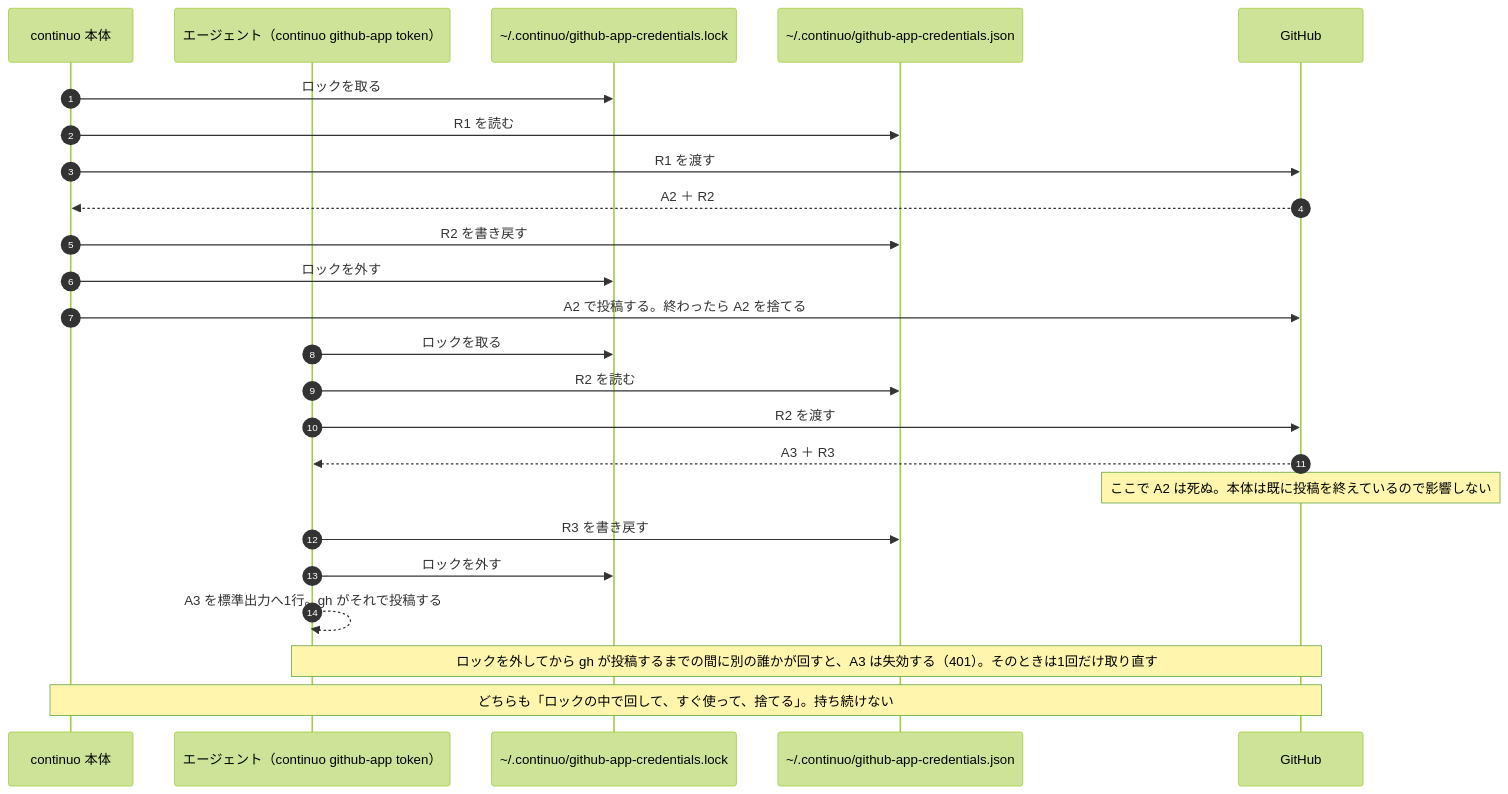
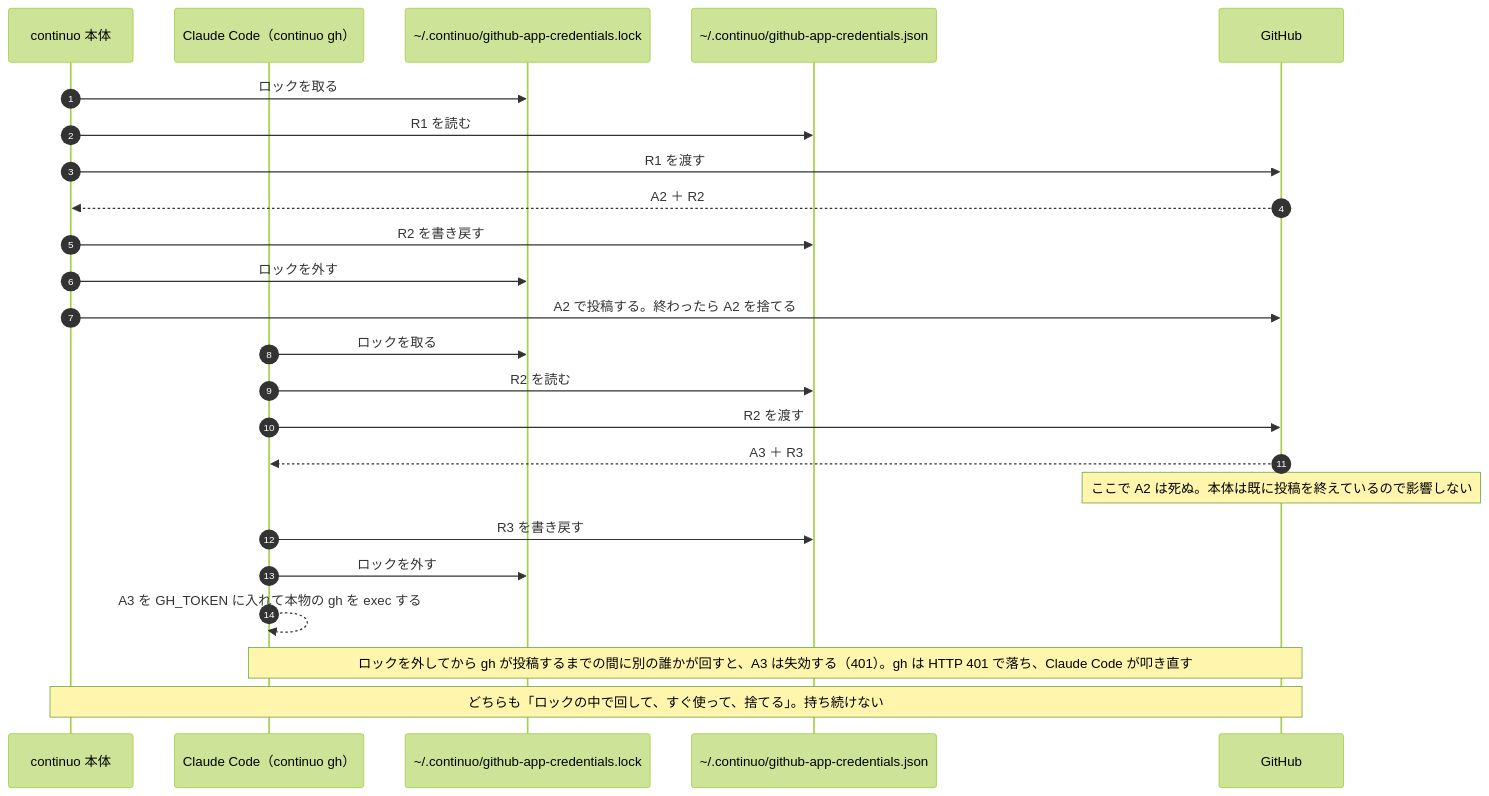
Before and after one commit to maimuzo/continuo: the third of 12 diagrams in docs/plans/impl/issue245_github_app_attribution.md, drawn with Mermaid (forest theme). The commit also changed other lines of this file, not shown here.

First line of the commit message:
計画ファイルの 6 を承認された設計に書き換える gh wrapper と continuo gh と continuo read-issue を足し、人間のトークンで投稿し直す仕組みをやめる

````diff
--- a/docs/plans/impl/issue245_github_app_attribution.md
+++ b/docs/plans/impl/issue245_github_app_attribution.md
@@ -115,26 +119,26 @@
 ```mermaid
 sequenceDiagram
     autonumber
     participant O as continuo 本体
-    participant A as エージェント（continuo github-app token）
+    participant A as Claude Code（continuo gh）
     participant L as ~/.continuo/github-app-credentials.lock
     participant F as ~/.continuo/github-app-credentials.json
     participant GH as GitHub
     O->>L: ロックを取る
     O->>F: R1 を読む
     O->>GH: R1 を渡す
     GH-->>O: A2 ＋ R2
     O->>F: R2 を書き戻す
     O->>L: ロックを外す
     O->>GH: A2 で投稿する。終わったら A2 を捨てる
     A->>L: ロックを取る
     A->>F: R2 を読む
     A->>GH: R2 を渡す
     GH-->>A: A3 ＋ R3
     Note over GH: ここで A2 は死ぬ。本体は既に投稿を終えているので影響しない
     A->>F: R3 を書き戻す
     A->>L: ロックを外す
-    A-->>A: A3 を標準出力へ1行。gh がそれで投稿する
-    Note over A,GH: ロックを外してから gh が投稿するまでの間に別の誰かが回すと、A3 は失効する（401）。そのときは1回だけ取り直す
+    A-->>A: A3 を GH_TOKEN に入れて本物の gh を exec する
+    Note over A,GH: ロックを外してから gh が投稿するまでの間に別の誰かが回すと、A3 は失効する（401）。gh は HTTP 401 で落ち、Claude Code が叩き直す
     Note over O,GH: どちらも「ロックの中で回して、すぐ使って、捨てる」。持ち続けない
 ```
````
